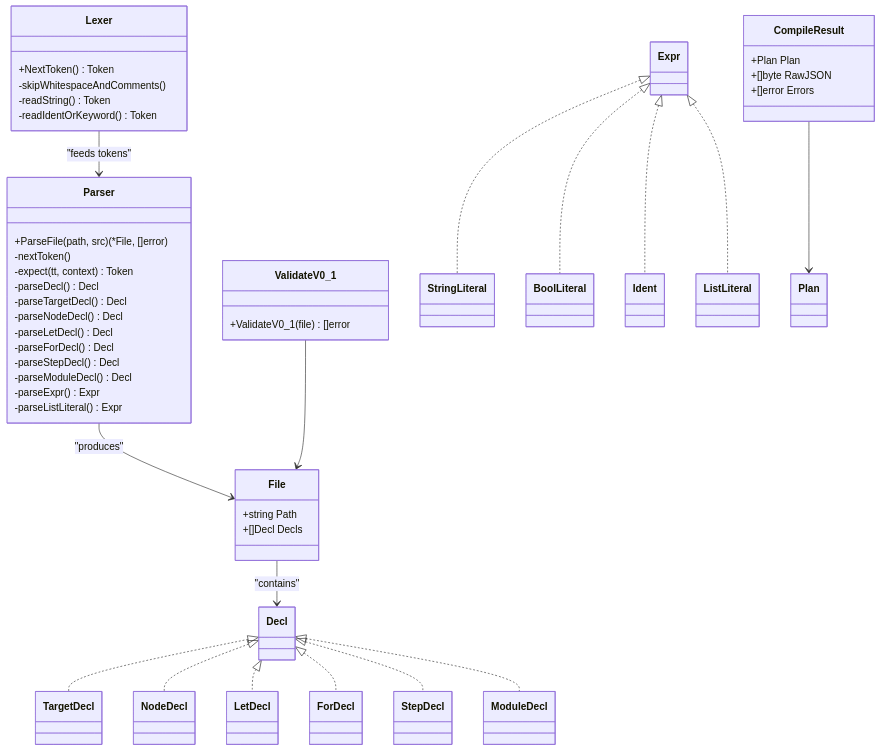
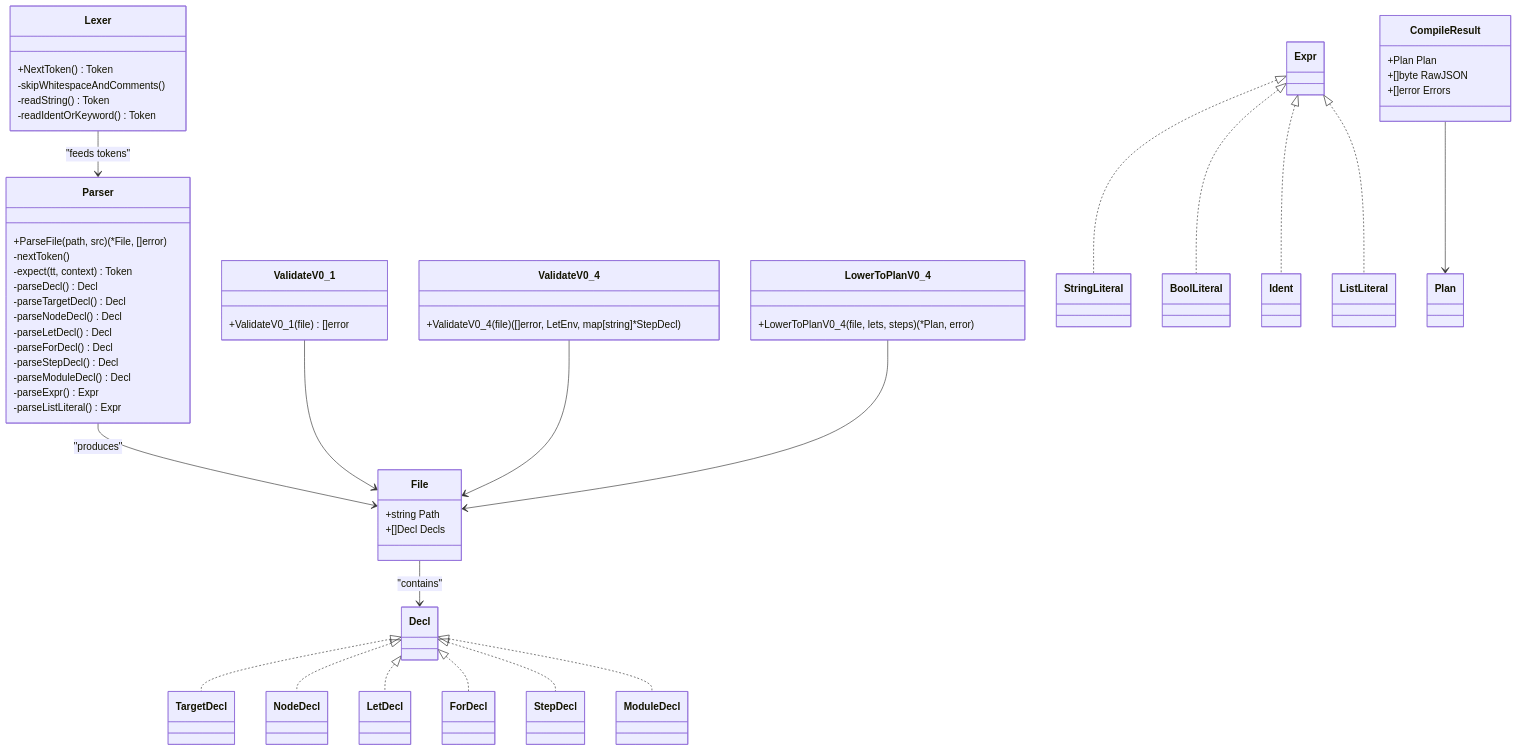
One commit to ahmednour1430464/dotdevops changed the sixth of 10 diagrams in .qoder/repowiki/en/content/Testing and Validation.md. Above: the diagram before and after it, drawn with Mermaid. The commit also changed other lines of this file and 3 other files, not shown here.

````diff
--- a/.qoder/repowiki/en/content/Testing and Validation.md
+++ b/.qoder/repowiki/en/content/Testing and Validation.md
@@ -284,52 +317,60 @@
 ```mermaid
 classDiagram
 class Lexer {
 +NextToken() Token
 -skipWhitespaceAndComments()
 -readString() Token
 -readIdentOrKeyword() Token
 }
 class Parser {
 +ParseFile(path, src) (*File, []error)
 -nextToken()
 -expect(tt, context) Token
 -parseDecl() Decl
 -parseTargetDecl() Decl
 -parseNodeDecl() Decl
 -parseLetDecl() Decl
 -parseForDecl() Decl
 -parseStepDecl() Decl
 -parseModuleDecl() Decl
 -parseExpr() Expr
 -parseListLiteral() Expr
 }
 class File {
 +string Path
 +[]Decl Decls
 }
 class Decl
 class Expr
 class CompileResult {
 +Plan Plan
 +[]byte RawJSON
 +[]error Errors
 }
 class ValidateV0_1 {
 +ValidateV0_1(file) []error
 }
+class ValidateV0_4 {
++ValidateV0_4(file) ([]error, LetEnv, map[string]*StepDecl)
+}
+class LowerToPlanV0_4 {
++LowerToPlanV0_4(file, lets, steps) (*Plan, error)
+}
 Lexer --> Parser : "feeds tokens"
 Parser --> File : "produces"
 File --> Decl : "contains"
 Decl <|.. TargetDecl
 Decl <|.. NodeDecl
 Decl <|.. LetDecl
 Decl <|.. ForDecl
 Decl <|.. StepDecl
 Decl <|.. ModuleDecl
 Expr <|.. StringLiteral
 Expr <|.. BoolLiteral
 Expr <|.. Ident
 Expr <|.. ListLiteral
 CompileResult --> Plan
 ValidateV0_1 --> File
+ValidateV0_4 --> File
+LowerToPlanV0_4 --> File
 ```
````
